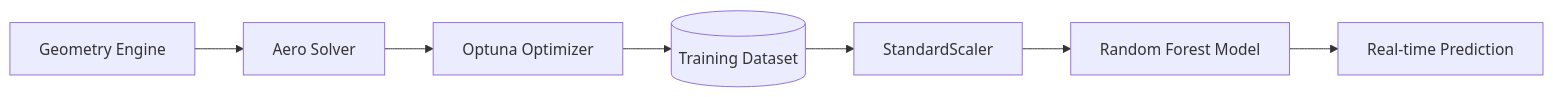
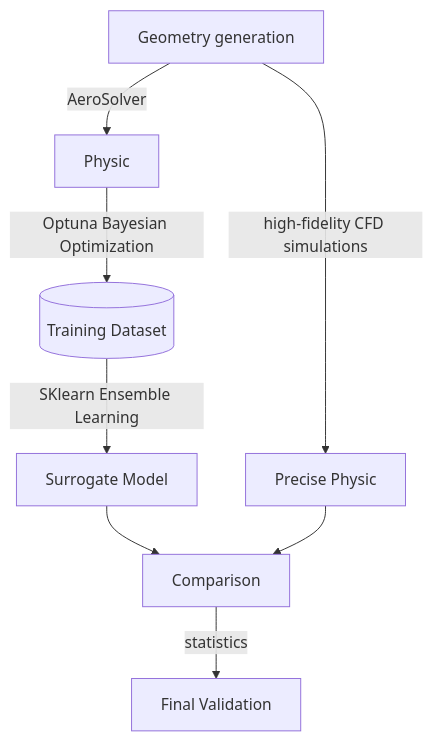
One commit to AntoineBert/Foil-Optimization-AI changed the diagram in README.md. Above: the diagram before and after it, drawn with Mermaid. The commit also changed other lines of this file, not shown here.

````diff
--- a/README.md
+++ b/README.md
@@ -18,9 +56,10 @@
 ```mermaid
-graph LR
-    A[Geometry Engine] --> B[Aero Solver]
-    B --> C[Optuna Optimizer]
-    C --> D[(Training Dataset)]
-    D --> E[StandardScaler]
-    E --> F[Random Forest Model]
-    F --> G[Real-time Prediction]
+flowchart TD
+    A[Geometry generation] -->|AeroSolver| B[Physic]
+    B -->|Optuna Bayesian Optimization| C[(Training Dataset)]
+    C -->|SKlearn Ensemble Learning| D[Surrogate Model]
+    A -->|high-fidelity CFD simulations| E[Precise Physic]
+    D --> F[Comparison]
+    E --> F
+    F -->|statistics| G[Final Validation]
 ```  
````
